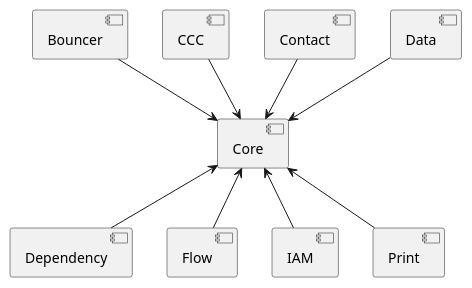
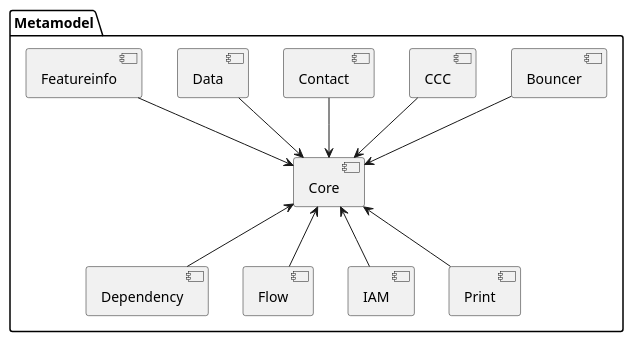
One commit to simi-so/mm changed the diagram in puml/src/simi_overview.puml. Above: the diagram before and after it, drawn with PlantUML. The commit also changed 13 other files, not shown here.

```diff
--- a/puml/src/simi_overview.puml
+++ b/puml/src/simi_overview.puml
@@ -1,23 +1,28 @@
 @startuml
-[Core] as core
+package Metamodel {
+  [Core] as core
 
-[Bouncer] as bouncer
-[CCC] as ccc
-[Contact] as con
-[Data] as data
+  [Bouncer] as bouncer
+  [CCC] as ccc
+  [Contact] as con
+  [Data] as data
 
-[Dependency] as dep
-[Flow] as flow
-[IAM] as iam
-[Print] as print
+  [Dependency] as dep
+  [Flow] as flow
+  [IAM] as iam
+  [Print] as print
+
+  [Featureinfo] as fi
+}
 
 bouncer --> core
 ccc --> core
 con --> core
 data --> core
+fi --> core
 
 dep -up-> core
 flow -up-> core
 iam -up-> core
 print -up-> core
 @enduml
```
